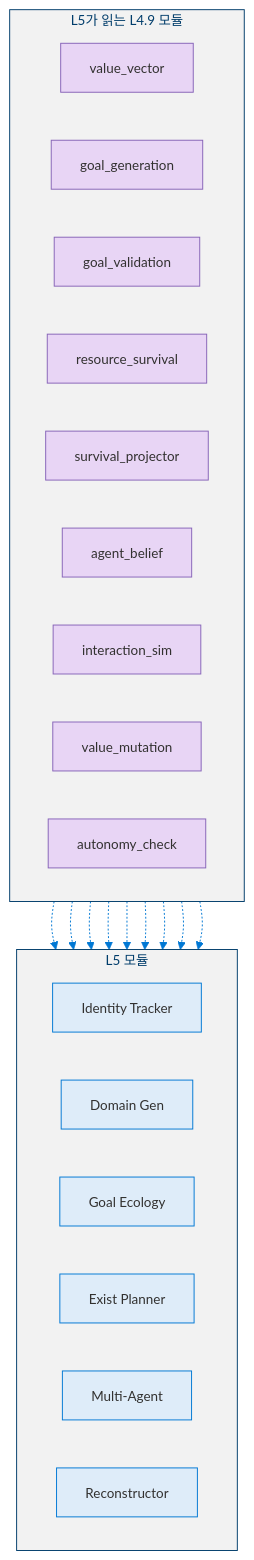
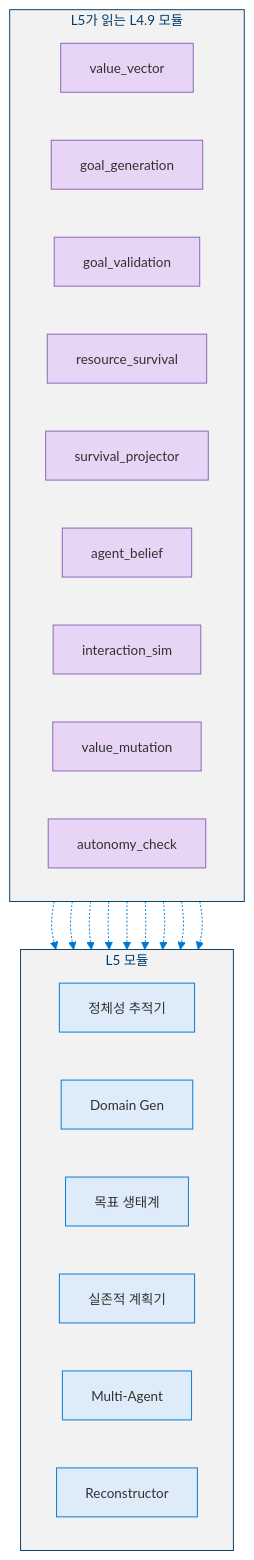
One commit to dotnetpower/mscp changed diagram 14 of 16 in docs/levels/Level_5_Proto_AGI.ko.md. Above: the diagram before and after it, drawn with Mermaid. The commit also changed other lines of this file and 33 other files, not shown here.

````diff
--- a/docs/levels/Level_5_Proto_AGI.ko.md
+++ b/docs/levels/Level_5_Proto_AGI.ko.md
@@ -716,39 +728,39 @@
 ```mermaid
 %%{init: {'theme': 'base', 'themeVariables': {'primaryColor': '#0078D4', 'primaryTextColor': '#003D6B', 'primaryBorderColor': '#003D6B', 'secondaryColor': '#50E6FF', 'secondaryTextColor': '#323130', 'secondaryBorderColor': '#00BCF2', 'tertiaryColor': '#F2F2F2', 'tertiaryTextColor': '#323130', 'lineColor': '#0078D4', 'textColor': '#323130', 'mainBkg': '#DEECF9', 'nodeBorder': '#0078D4', 'clusterBkg': '#F2F2F2', 'clusterBorder': '#003D6B', 'titleColor': '#003D6B', 'edgeLabelBackground': '#FFFFFF', 'fontSize': '14px'}}}%%
 flowchart TB
   classDef l49 fill:#E8D5F5,stroke:#8764B8,color:#323130
   classDef l5 fill:#DEECF9,stroke:#0078D4,color:#323130
 
   subgraph L49["L5가 읽는 L4.9 모듈"]
     direction LR
     VV["value_vector"]:::l49
     GGL["goal_generation"]:::l49
     GVF["goal_validation"]:::l49
     RSM["resource_survival"]:::l49
     SP["survival_projector"]:::l49
     ABM["agent_belief"]:::l49
     IS["interaction_sim"]:::l49
     VMS["value_mutation"]:::l49
     ASC["autonomy_check"]:::l49
   end
 
   subgraph L5["L5 모듈"]
     direction LR
-    ICT["Identity Tracker"]:::l5
+    ICT["정체성 추적기"]:::l5
     CDG["Domain Gen"]:::l5
-    GE["Goal Ecology"]:::l5
-    EP["Exist Planner"]:::l5
+    GE["목표 생태계"]:::l5
+    EP["실존적 계획기"]:::l5
     SMA["Multi-Agent"]:::l5
     SR["Reconstructor"]:::l5
   end
 
   VV -.-> ICT
   GGL -.-> GE
   GVF -.-> GE
   RSM -.-> EP
   SP -.-> EP
   ABM -.-> SMA
   IS -.-> SMA
   VMS -.-> SR
   ASC -.-> ICT
 ```
````
